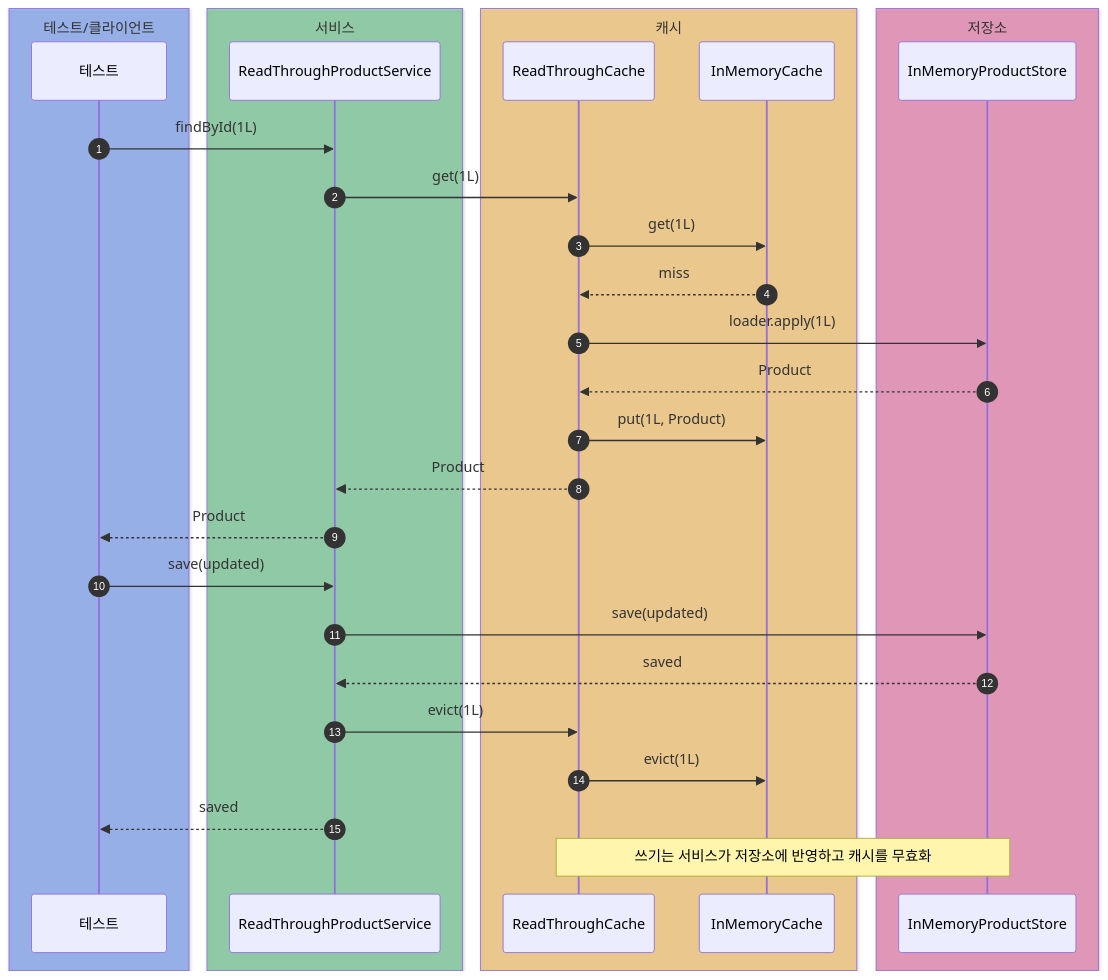
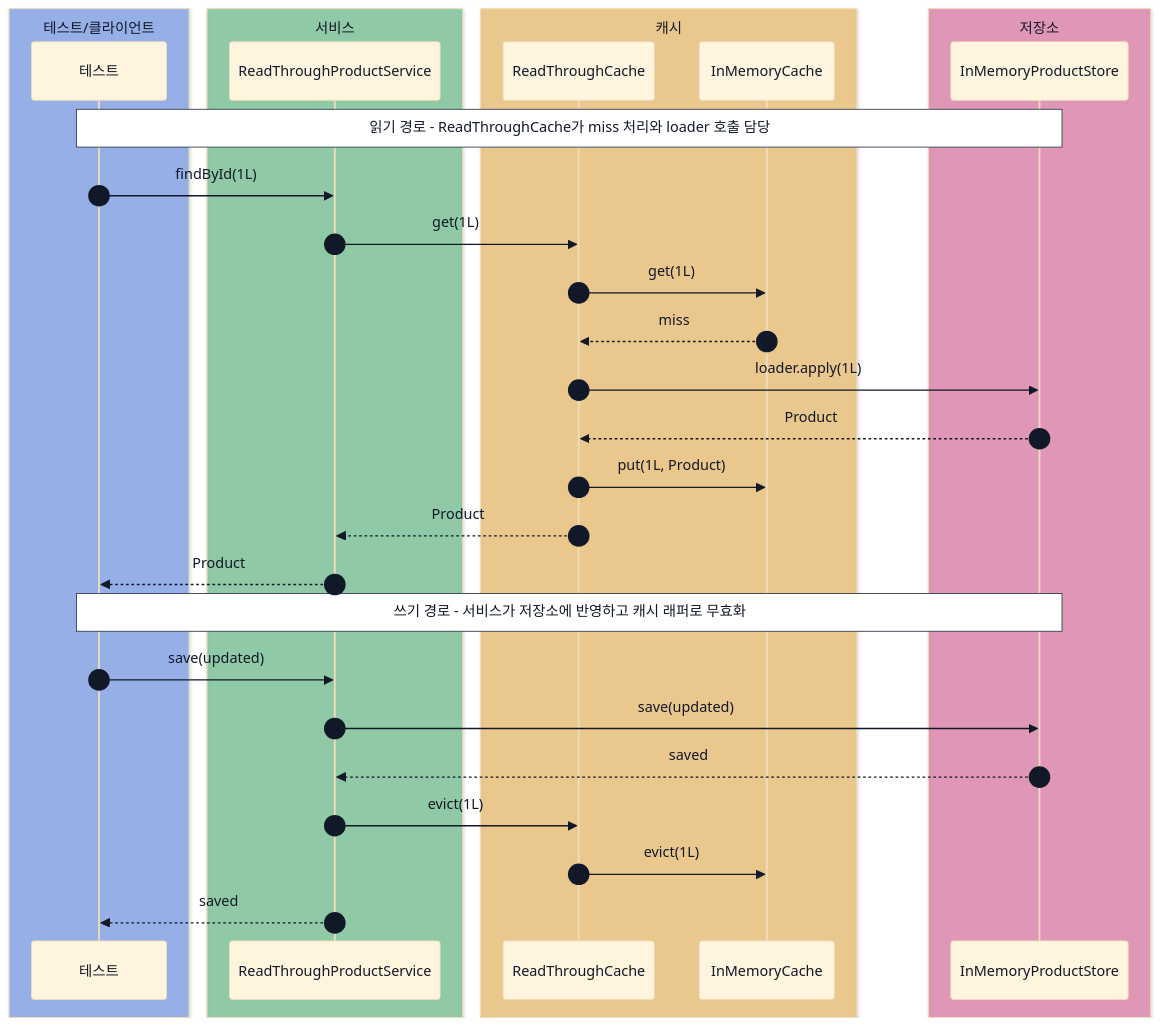
The third of 6 diagrams in labs/cache-patterns/README.md (HJC96/deep-dive), drawn with Mermaid before and after one commit. The commit also changed other lines of this file and 10 other files, not shown here.

````diff
--- a/labs/cache-patterns/README.md
+++ b/labs/cache-patterns/README.md
@@ -234,36 +246,37 @@
 ```mermaid
+%%{init: {"theme": "base", "themeVariables": {"primaryTextColor": "#111827", "secondaryTextColor": "#111827", "tertiaryTextColor": "#111827", "actorTextColor": "#111827", "signalTextColor": "#111827", "labelTextColor": "#111827", "noteTextColor": "#111827", "noteBkgColor": "#ffffff", "noteBorderColor": "#374151", "sequenceNumberColor": "#111827"}}}%%
 sequenceDiagram
     autonumber
     box rgba(37, 99, 235, 0.40) 테스트/클라이언트
     participant Test as 테스트
     end
     box rgba(22, 163, 74, 0.40) 서비스
     participant Service as ReadThroughProductService
     end
     box rgba(245, 158, 11, 0.40) 캐시
     participant Products as ReadThroughCache
     participant Cache as InMemoryCache
     end
     box rgba(219, 39, 119, 0.40) 저장소
     participant Store as InMemoryProductStore
     end
 
+    Note over Test,Store: 읽기 경로 - ReadThroughCache가 miss 처리와 loader 호출 담당
     Test->>Service: findById(1L)
     Service->>Products: get(1L)
     Products->>Cache: get(1L)
     Cache-->>Products: miss
     Products->>Store: loader.apply(1L)
     Store-->>Products: Product
     Products->>Cache: put(1L, Product)
     Products-->>Service: Product
     Service-->>Test: Product
 
+    Note over Test,Store: 쓰기 경로 - 서비스가 저장소에 반영하고 캐시 래퍼로 무효화
     Test->>Service: save(updated)
     Service->>Store: save(updated)
     Store-->>Service: saved
     Service->>Products: evict(1L)
     Products->>Cache: evict(1L)
     Service-->>Test: saved
-
-    Note over Products,Store: 쓰기는 서비스가 저장소에 반영하고 캐시를 무효화
 ```
````
